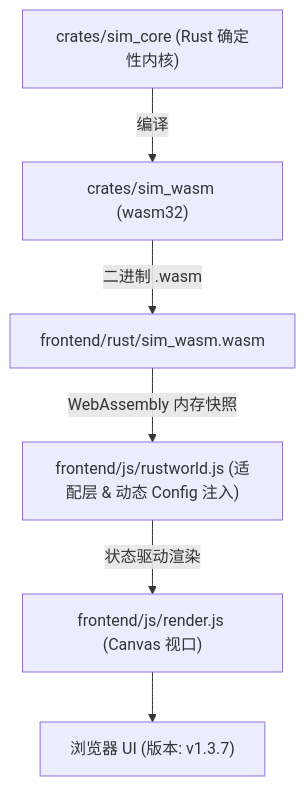
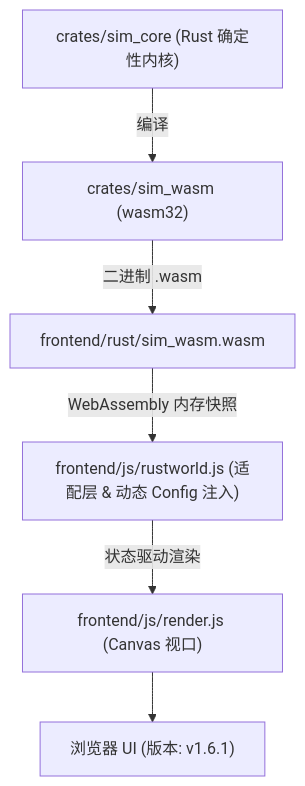
Before and after one commit to g39088902/FlowAndAccord: the diagram in AGENTS.md, drawn with Mermaid. The commit also changed other lines of this file and 41 other files, not shown here.

````diff
--- a/AGENTS.md
+++ b/AGENTS.md
@@ -48,8 +50,8 @@
 ```mermaid
 graph TD
     A["crates/sim_core (Rust 确定性内核)"] -->|编译| B["crates/sim_wasm (wasm32)"]
     B -->|二进制 .wasm| C["frontend/rust/sim_wasm.wasm"]
     C -->|WebAssembly 内存快照| D["frontend/js/rustworld.js (适配层 & 动态 Config 注入)"]
     D -->|状态驱动渲染| E["frontend/js/render.js (Canvas 视口)"]
-    E --> F["浏览器 UI (版本: v1.3.7)"]
+    E --> F["浏览器 UI (版本: v1.6.1)"]
 ```
````
